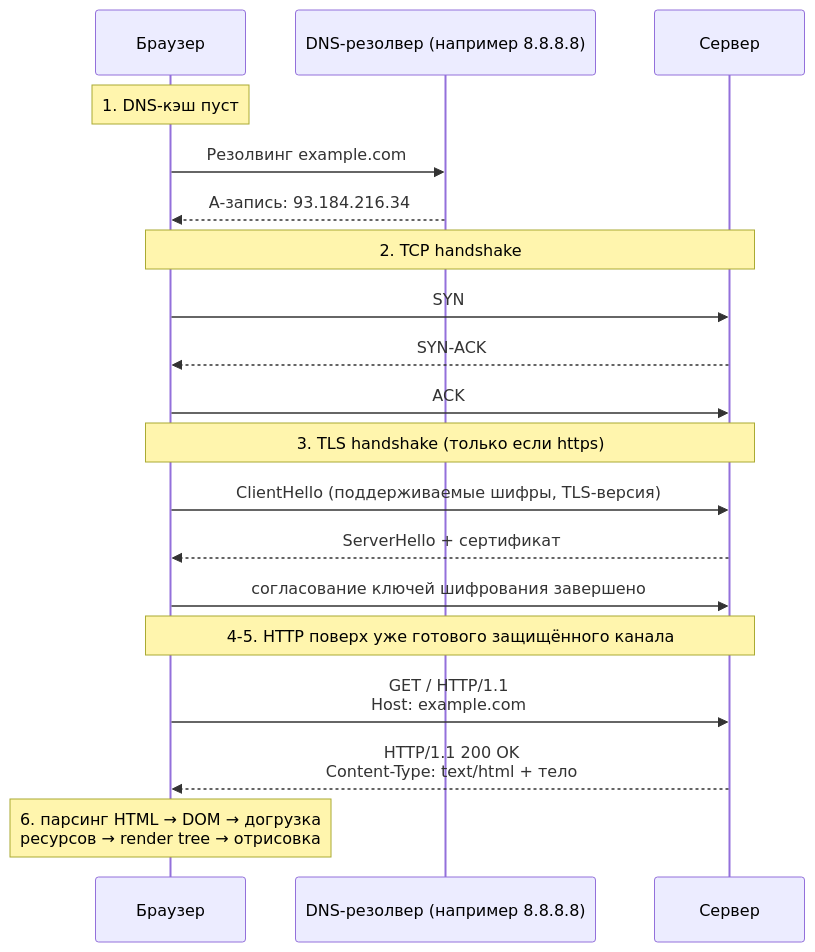
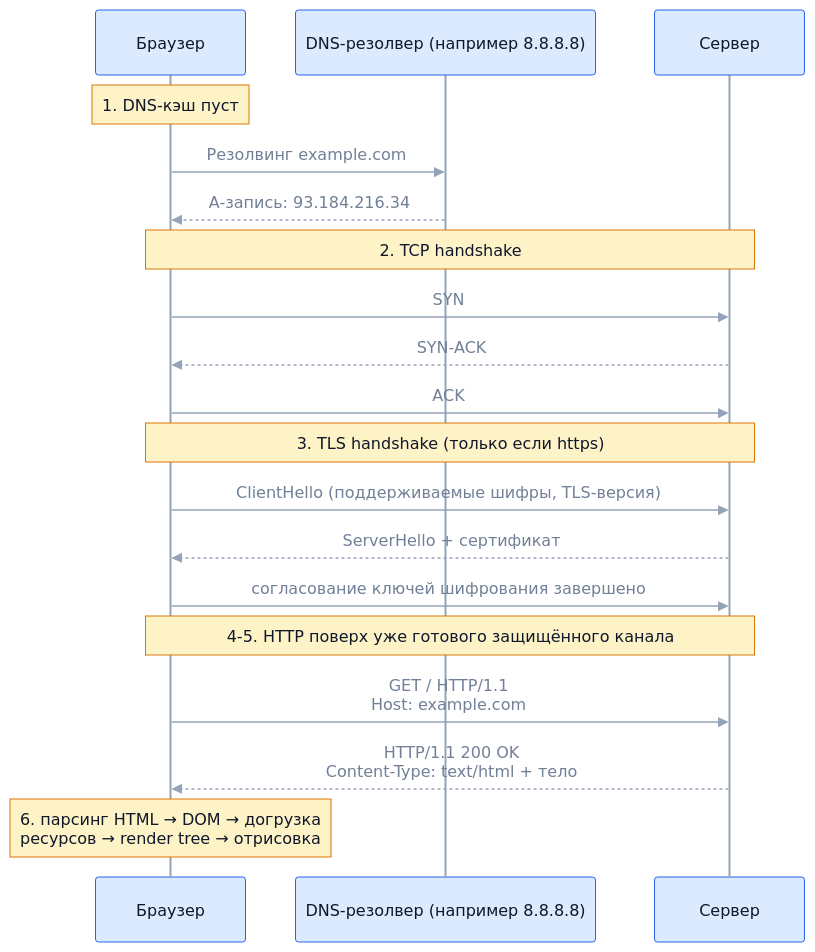
One commit to bogdan111305/java-senior-roadmap changed the second of 2 diagrams in kb/01-fundamentals/03-networking-basics/00-index.md. Above: the diagram before and after it, drawn with Mermaid. The commit also changed other lines of this file and 31 other files, not shown here.

````diff
--- a/kb/01-fundamentals/03-networking-basics/00-index.md
+++ b/kb/01-fundamentals/03-networking-basics/00-index.md
@@ -294,26 +295,27 @@
 ```mermaid
+%%{init: {"theme": "base", "themeVariables": {"primaryColor": "#dbeafe", "primaryBorderColor": "#2563eb", "primaryTextColor": "#0f172a", "lineColor": "#94a3b8", "textColor": "#718096", "actorBkg": "#dbeafe", "actorBorder": "#2563eb", "actorTextColor": "#0f172a", "actorLineColor": "#94a3b8", "signalColor": "#94a3b8", "signalTextColor": "#718096", "noteBkgColor": "#fef3c7", "noteBorderColor": "#d97706", "noteTextColor": "#0f172a", "labelBoxBkgColor": "#f1f5f9", "labelBoxBorderColor": "#94a3b8", "labelTextColor": "#0f172a", "loopTextColor": "#718096", "activationBkgColor": "#f1f5f9", "activationBorderColor": "#64748b"}}}%%
 sequenceDiagram
     participant B as Браузер
     participant D as DNS-резолвер (например 8.8.8.8)
     participant S as Сервер
 
     Note over B: 1. DNS-кэш пуст
     B->>D: Резолвинг example.com
     D-->>B: A-запись: 93.184.216.34
 
     Note over B,S: 2. TCP handshake
     B->>S: SYN
     S-->>B: SYN-ACK
     B->>S: ACK
 
     Note over B,S: 3. TLS handshake (только если https)
     B->>S: ClientHello (поддерживаемые шифры, TLS-версия)
     S-->>B: ServerHello + сертификат
     B->>S: согласование ключей шифрования завершено
 
     Note over B,S: 4-5. HTTP поверх уже готового защищённого канала
     B->>S: GET / HTTP/1.1<br/>Host: example.com
     S-->>B: HTTP/1.1 200 OK<br/>Content-Type: text/html + тело
 
     Note over B: 6. парсинг HTML → DOM → догрузка<br/>ресурсов → render tree → отрисовка
 ```
````
